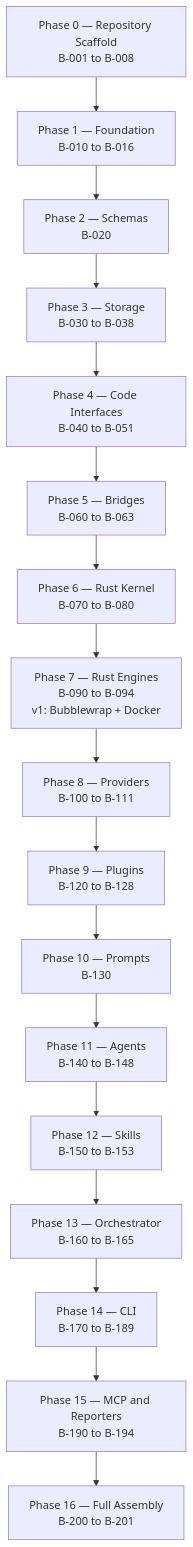
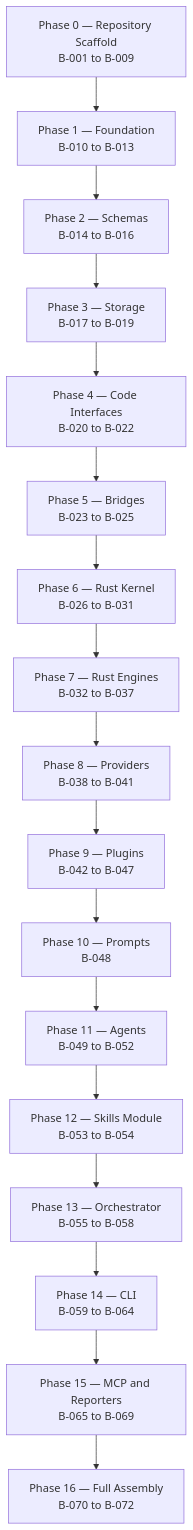
Before and after one commit to arubara2021/CodeGuardian: the diagram in BUILD_ORDER.md, drawn with Mermaid. The commit also changed other lines of this file and 31 other files, not shown here.

Commit message:
feat: complete Phase 1 foundation and Phase 2 schemas

````diff
--- a/BUILD_ORDER.md
+++ b/BUILD_ORDER.md
@@ -63,23 +89,23 @@
 ```mermaid
 flowchart TB
-    P0["Phase 0 — Repository Scaffold<br/>B-001 to B-008"]
-    P1["Phase 1 — Foundation<br/>B-010 to B-016"]
-    P2["Phase 2 — Schemas<br/>B-020"]
-    P3["Phase 3 — Storage<br/>B-030 to B-038"]
-    P4["Phase 4 — Code Interfaces<br/>B-040 to B-051"]
-    P5["Phase 5 — Bridges<br/>B-060 to B-063"]
-    P6["Phase 6 — Rust Kernel<br/>B-070 to B-080"]
-    P7["Phase 7 — Rust Engines<br/>B-090 to B-094<br/>v1: Bubblewrap + Docker"]
-    P8["Phase 8 — Providers<br/>B-100 to B-111"]
-    P9["Phase 9 — Plugins<br/>B-120 to B-128"]
-    P10["Phase 10 — Prompts<br/>B-130"]
-    P11["Phase 11 — Agents<br/>B-140 to B-148"]
-    P12["Phase 12 — Skills<br/>B-150 to B-153"]
-    P13["Phase 13 — Orchestrator<br/>B-160 to B-165"]
-    P14["Phase 14 — CLI<br/>B-170 to B-189"]
-    P15["Phase 15 — MCP and Reporters<br/>B-190 to B-194"]
-    P16["Phase 16 — Full Assembly<br/>B-200 to B-201"]
+    P0["Phase 0 — Repository Scaffold<br/>B-001 to B-009"]
+    P1["Phase 1 — Foundation<br/>B-010 to B-013"]
+    P2["Phase 2 — Schemas<br/>B-014 to B-016"]
+    P3["Phase 3 — Storage<br/>B-017 to B-019"]
+    P4["Phase 4 — Code Interfaces<br/>B-020 to B-022"]
+    P5["Phase 5 — Bridges<br/>B-023 to B-025"]
+    P6["Phase 6 — Rust Kernel<br/>B-026 to B-031"]
+    P7["Phase 7 — Rust Engines<br/>B-032 to B-037"]
+    P8["Phase 8 — Providers<br/>B-038 to B-041"]
+    P9["Phase 9 — Plugins<br/>B-042 to B-047"]
+    P10["Phase 10 — Prompts<br/>B-048"]
+    P11["Phase 11 — Agents<br/>B-049 to B-052"]
+    P12["Phase 12 — Skills Module<br/>B-053 to B-054"]
+    P13["Phase 13 — Orchestrator<br/>B-055 to B-058"]
+    P14["Phase 14 — CLI<br/>B-059 to B-064"]
+    P15["Phase 15 — MCP and Reporters<br/>B-065 to B-069"]
+    P16["Phase 16 — Full Assembly<br/>B-070 to B-072"]
 
-    P0 --> P1 --> P2 --> P3 --> P4 --> P5 --> P6 --> P7 --> P8 --> P9
-    P9 --> P10 --> P11 --> P12 --> P13 --> P14 --> P15 --> P16
+    P0 --> P1 --> P2 --> P3 --> P4 --> P5 --> P6 --> P7 --> P8
+    P8 --> P9 --> P10 --> P11 --> P12 --> P13 --> P14 --> P15 --> P16
 ```
````
